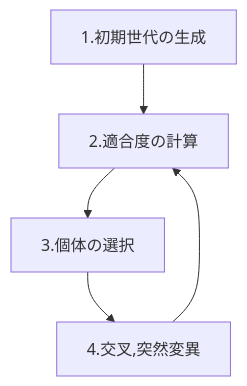
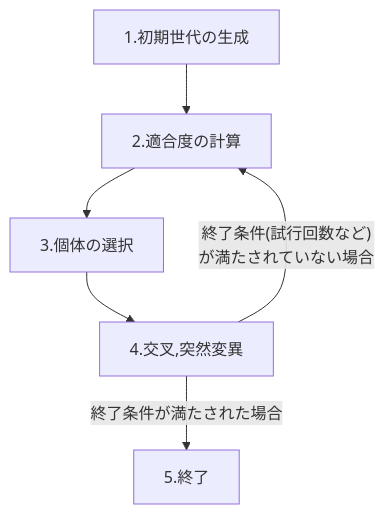
The diagram in genetic_algorithm.md (KushidaYusuke/genetic_algorithm_article), drawn with Mermaid before and after one commit. The commit also changed other lines of this file, not shown here.

````diff
--- a/genetic_algorithm.md
+++ b/genetic_algorithm.md
@@ -17,5 +44,5 @@
 ```mermaid
 graph TD;
-    1.初期世代の生成-->2.適合度の計算-->3.個体の選択-->4.交叉,突然変異 ;
-    4.交叉,突然変異-->2.適合度の計算
+    1.初期世代の生成-->2.適合度の計算-->3.個体の選択-->4.交叉,突然変異-->|終了条件が満たされた場合|5.終了;
+    4.交叉,突然変異-->|"終了条件(試行回数など)</br>が満たされていない場合"|2.適合度の計算
 ```
````
